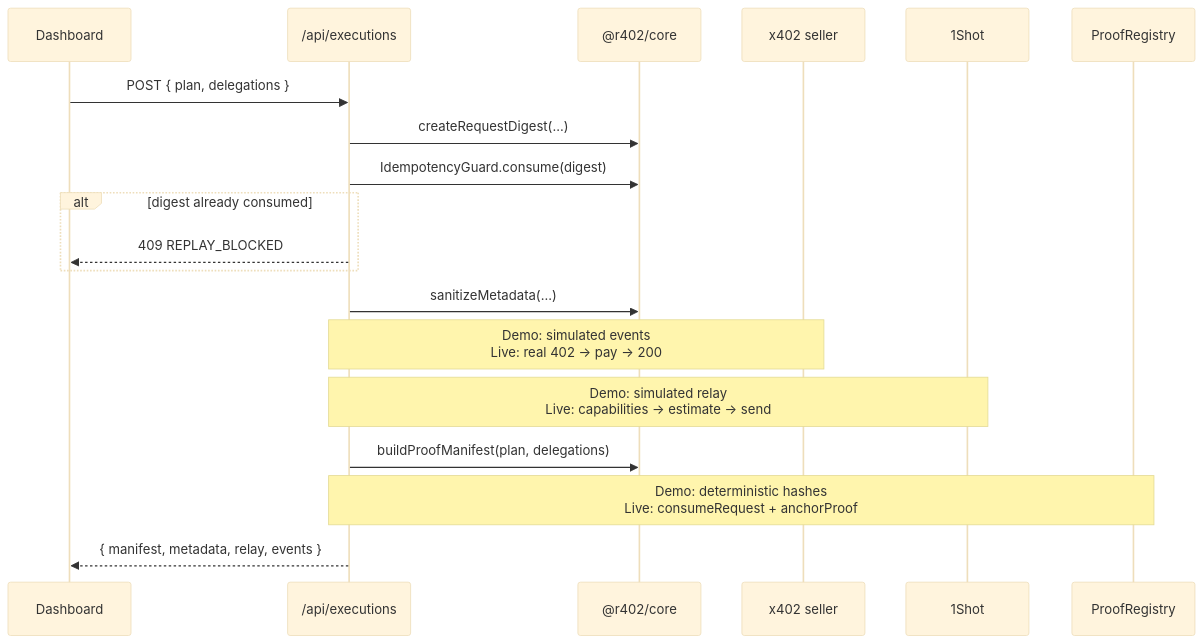
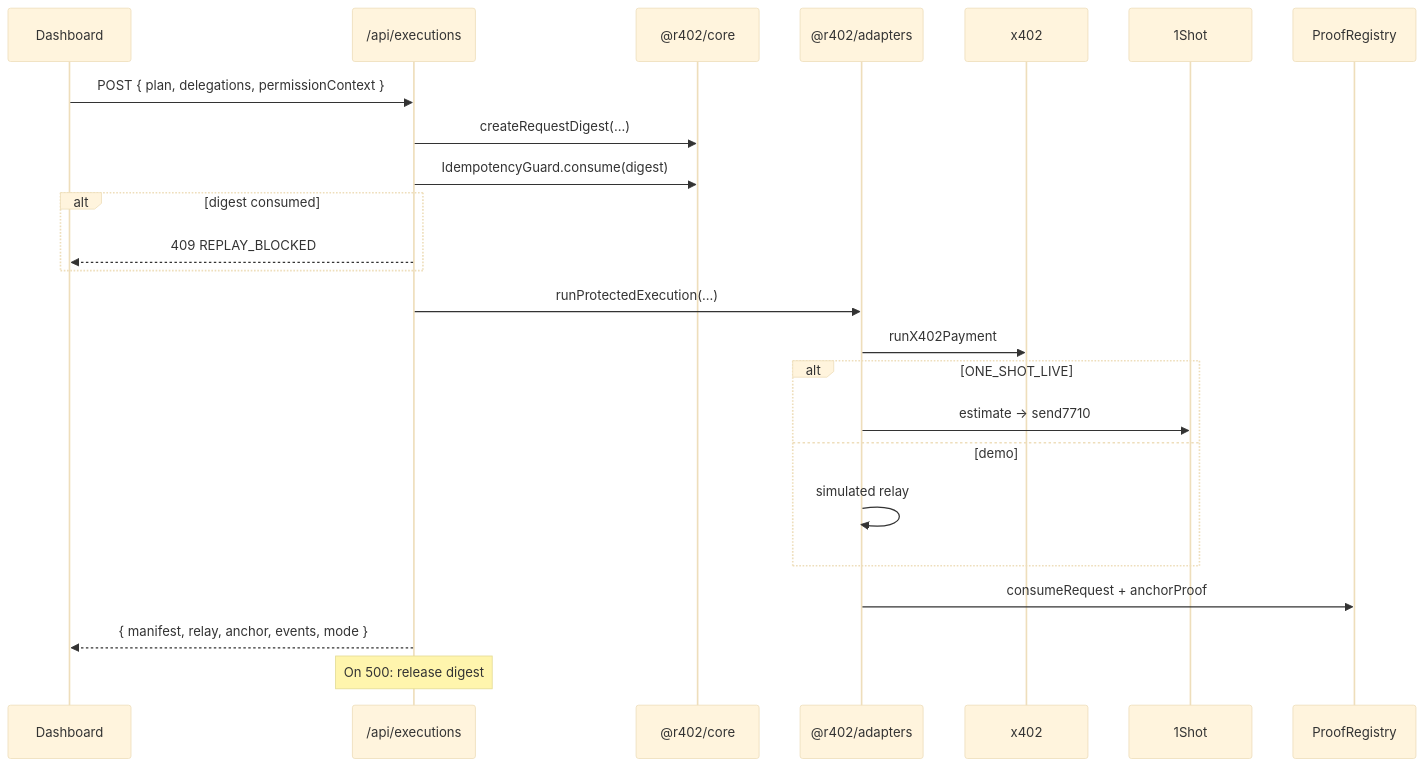
Before and after one commit to karagozemin/r402: the third of 3 diagrams in docs/architecture.md, drawn with Mermaid (base theme). The commit also changed other lines of this file and 6 other files, not shown here.

Commit message:
Update environment configuration and enhance documentation for live execution; refine UI components in SentinelDashboard for better user feedback, add live prerequisites section, and improve demo storyboard clarity.

````diff
--- a/docs/architecture.md
+++ b/docs/architecture.md
@@ -373,22 +388,27 @@
 ```mermaid
 sequenceDiagram
   participant UI as Dashboard
   participant API as /api/executions
   participant C as @r402/core
-  participant X as x402 seller
+  participant A as @r402/adapters
+  participant X as x402
   participant R as 1Shot
   participant P as ProofRegistry
 
-  UI->>API: POST { plan, delegations }
+  UI->>API: POST { plan, delegations, permissionContext }
   API->>C: createRequestDigest(...)
   API->>C: IdempotencyGuard.consume(digest)
-  alt digest already consumed
+  alt digest consumed
     API-->>UI: 409 REPLAY_BLOCKED
   end
-  API->>C: sanitizeMetadata(...)
-  Note over API,X: Demo: simulated events<br/>Live: real 402 → pay → 200
-  Note over API,R: Demo: simulated relay<br/>Live: capabilities → estimate → send
-  API->>C: buildProofManifest(plan, delegations)
-  Note over API,P: Demo: deterministic hashes<br/>Live: consumeRequest + anchorProof
-  API-->>UI: { manifest, metadata, relay, events }
+  API->>A: runProtectedExecution(...)
+  A->>X: runX402Payment
+  alt ONE_SHOT_LIVE
+    A->>R: estimate → send7710
+  else demo
+    A->>A: simulated relay
+  end
+  A->>P: consumeRequest + anchorProof
+  API-->>UI: { manifest, relay, anchor, events, mode }
+  Note over API: On 500: release digest
 ```
````
